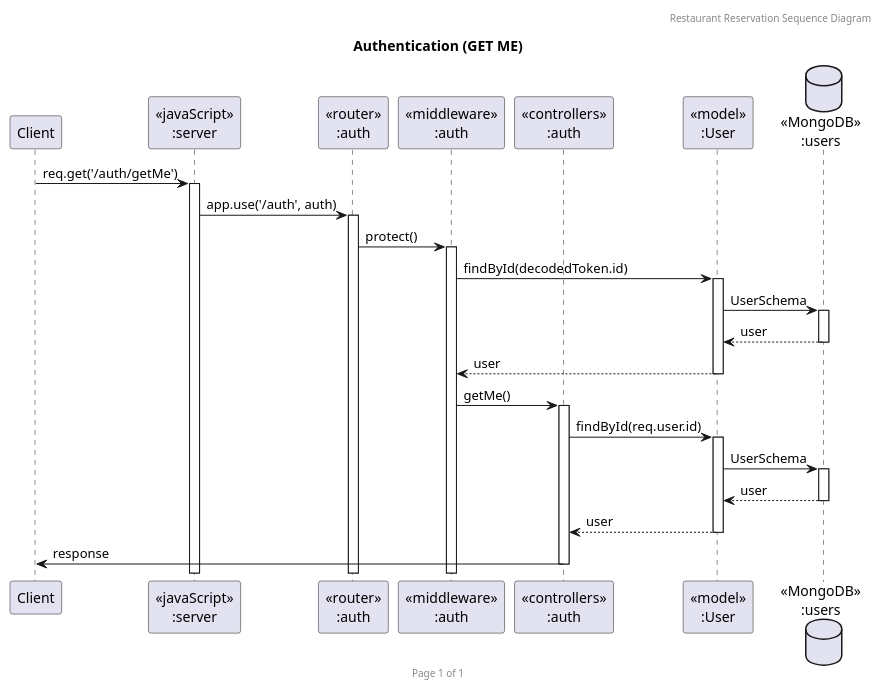
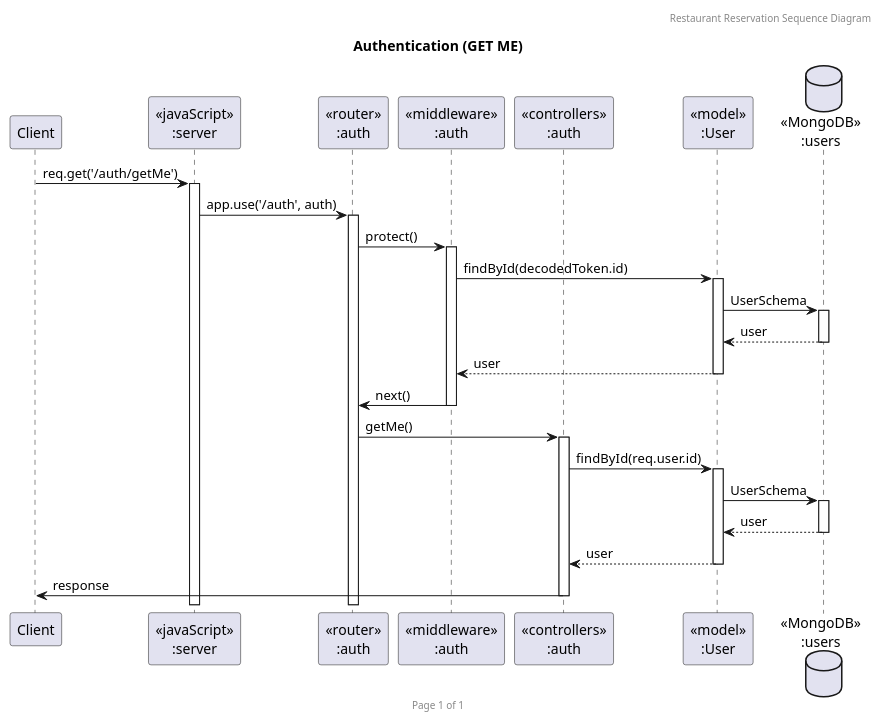
One commit to Prince-in-the-wood/sw-dev-term-project changed the diagram in doc/sequence-diagrams/auth/get-me.puml. Above: the diagram before and after it, drawn with PlantUML. The commit also changed 9 other files, not shown here.

Commit message:
docs: Add missing seq in diagram

```diff
--- a/doc/sequence-diagrams/auth/get-me.puml
+++ b/doc/sequence-diagrams/auth/get-me.puml
@@ -1,30 +1,31 @@
 @startuml Authentication (GET ME)
 
 header Restaurant Reservation Sequence Diagram
 footer Page %page% of %lastpage%
 title "Authentication (GET ME)"
 
 participant "Client" as client
 participant "<<javaScript>>\n:server" as server
 participant "<<router>>\n:auth" as routerAuth
 participant "<<middleware>>\n:auth" as middlewareAuth
 participant "<<controllers>>\n:auth" as controllersAuth
 participant "<<model>>\n:User" as modelUser
 database "<<MongoDB>>\n:users" as UsersDatabase
 
 ' GET ME
 client->server ++:req.get('/auth/getMe')
 server->routerAuth ++:app.use('/auth', auth)
 routerAuth -> middlewareAuth ++:protect()
 middlewareAuth -> modelUser ++:findById(decodedToken.id)
 modelUser -> UsersDatabase ++:UserSchema
 UsersDatabase --> modelUser --:user
 modelUser --> middlewareAuth --:user
-middlewareAuth -> controllersAuth ++:getMe()
+middlewareAuth -> routerAuth --: next()
+routerAuth -> controllersAuth ++:getMe()
 controllersAuth->modelUser ++:findById(req.user.id)
 modelUser ->UsersDatabase ++:UserSchema 
 UsersDatabase --> modelUser --:user
 controllersAuth <-- modelUser --:user
 controllersAuth->client --:response
 
 @enduml
```
